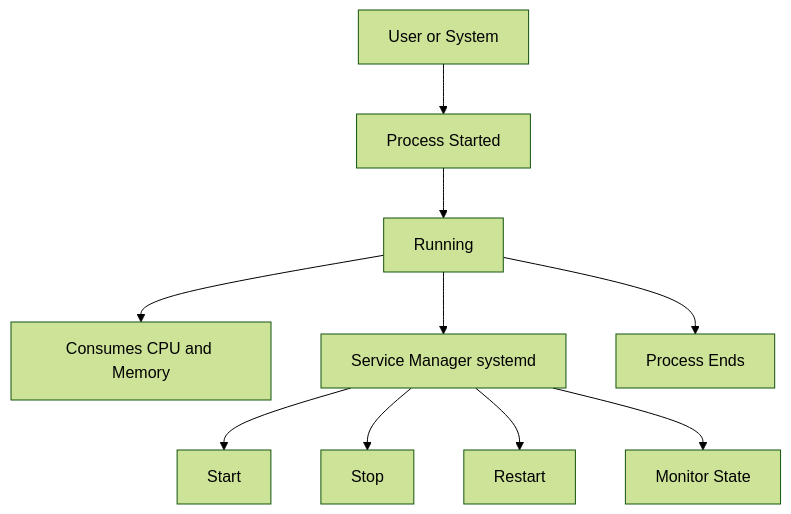
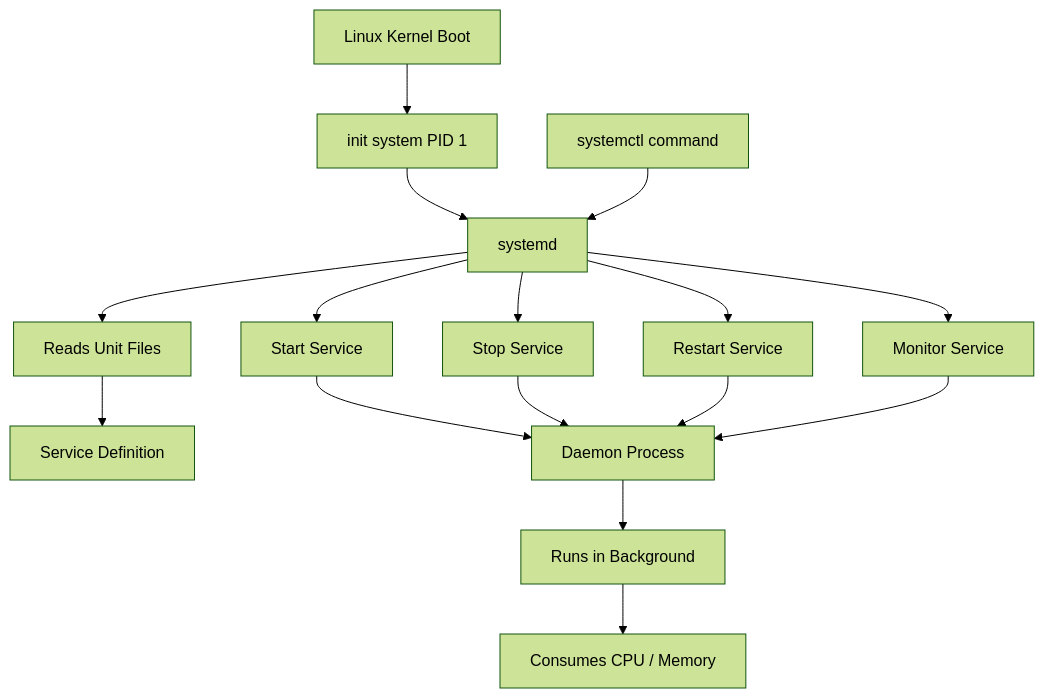
Before and after one commit to arira-ai/ar_linux: the second of 7 diagrams in 04-process-and-service-management/04-process-and-service-management.md, drawn with Mermaid (forest theme). The commit also changed other lines of this file, not shown here.

````diff
--- a/04-process-and-service-management/04-process-and-service-management.md
+++ b/04-process-and-service-management/04-process-and-service-management.md
@@ -33,16 +85,23 @@
 ```mermaid
 flowchart TD
-    A[User or System]
-    A --> B[Process Started]
+    A[Linux Kernel Boot]
+    A --> B[init system PID 1]
+    B --> C[systemd]
+    C --> D[Reads Unit Files]
+    D --> E[Service Definition]
+    F[systemctl command]
+    F --> C
 
-    B --> C[Running]
-    C --> D[Consumes CPU and Memory]
+    C --> G[Start Service]
+    C --> H[Stop Service]
+    C --> I[Restart Service]
+    C --> J[Monitor Service]
 
-    C --> E[Service Manager systemd]
-    E --> F[Start]
-    E --> G[Stop]
-    E --> H[Restart]
-    E --> I[Monitor State]
+    G --> K[Daemon Process]
+    H --> K
+    I --> K
+    J --> K
 
-    C --> J[Process Ends]
+    K --> L[Runs in Background]
+    L --> M[Consumes CPU / Memory]
 ```
````
